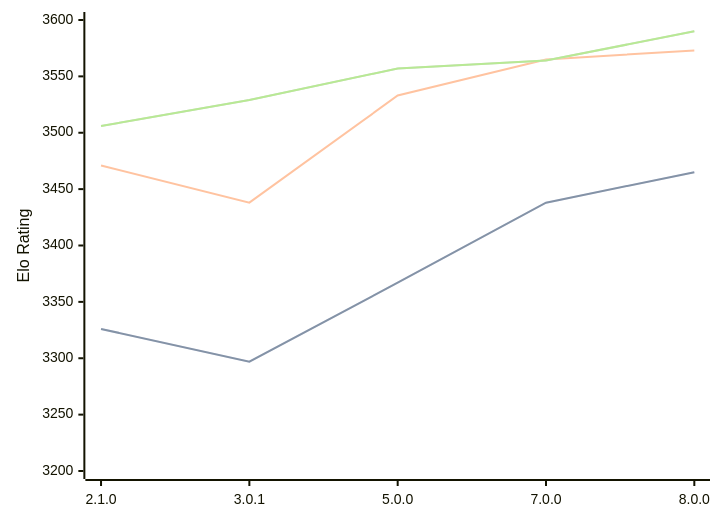
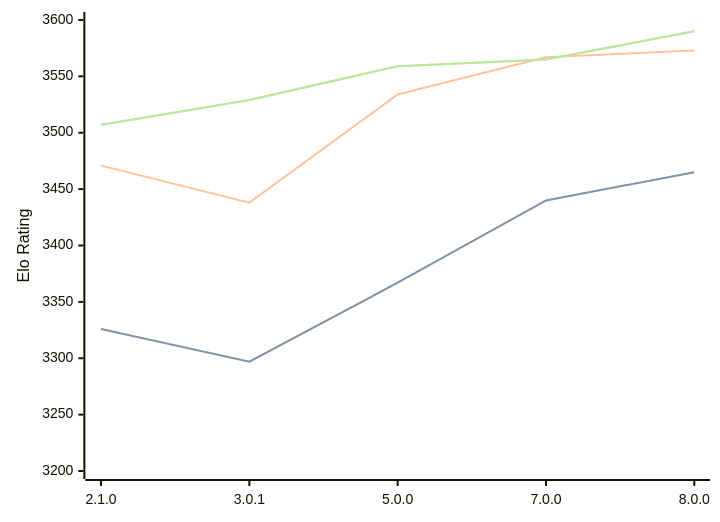
Before and after one commit to computer-chess-index/cci: the diagram in engines/PlentyChess.md, drawn with Mermaid. The commit also changed other lines of this file, not shown here.

Commit message:
Update CCI Ratings (ELO VLTC) - 2026-09-06

````diff
--- a/engines/PlentyChess.md
+++ b/engines/PlentyChess.md
@@ -37,11 +37,11 @@
 ```mermaid
 %%{init: {"theme":"base","themeVariables":{"seriesColors:['#a3a3a3','#222221','#faa371']}}}%%
 xychart-beta
   x-axis ["2.1.0", "3.0.1", "5.0.0", "7.0.0", "8.0.0"]
   y-axis "Elo Rating" 3200 --> 3600
-  line "" [3326, 3297, 3367, 3438, 3465]
-  line "STC (8.0+0.08s)" [3326, 3297, 3367, 3438, 3465]
-  line "LTC (60.0+0.60s)" [3471, 3438, 3533, 3565, 3573]
-  line "" [3506, 3529, 3557, 3564, 3590]
-  line "VLTC (2m24s+1.12s)" [3506, 3529, 3557, 3564, 3590]
+  line "" [3326, 3297, 3367, 3440, 3465]
+  line "STC (8.0+0.08s)" [3326, 3297, 3367, 3440, 3465]
+  line "LTC (60.0+0.60s)" [3471, 3438, 3534, 3567, 3573]
+  line "" [3507, 3529, 3559, 3565, 3590]
+  line "VLTC (2m24s+1.12s)" [3507, 3529, 3559, 3565, 3590]
 ```
````
